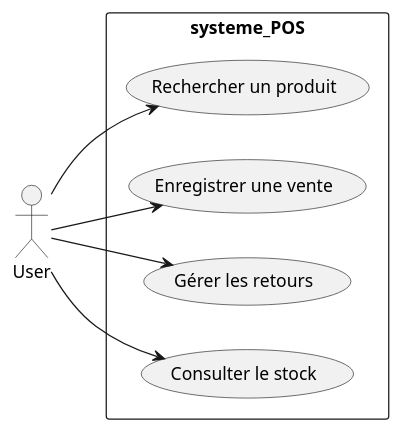
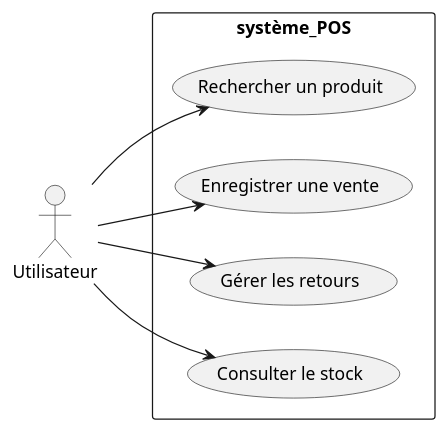
One commit to LojanArunasalam/LOG430-Lab1 changed the diagram in docs/diagrams/use_case_diagram.puml. Above: the diagram before and after it, drawn with PlantUML. The commit also changed 11 other files, not shown here.

```diff
--- a/docs/diagrams/use_case_diagram.puml
+++ b/docs/diagrams/use_case_diagram.puml
@@ -1,14 +1,14 @@
 @startuml
 left to right direction
-actor "User" as user
-rectangle systeme_POS {
+actor "Utilisateur" as user
+rectangle système_POS {
   usecase "Rechercher un produit" as UC1
   usecase "Enregistrer une vente" as UC2
   usecase "Gérer les retours" as UC3
   usecase "Consulter le stock" as UC4
 }
 user --> UC1
 user --> UC2
 user --> UC3
 user --> UC4
 @enduml
```
